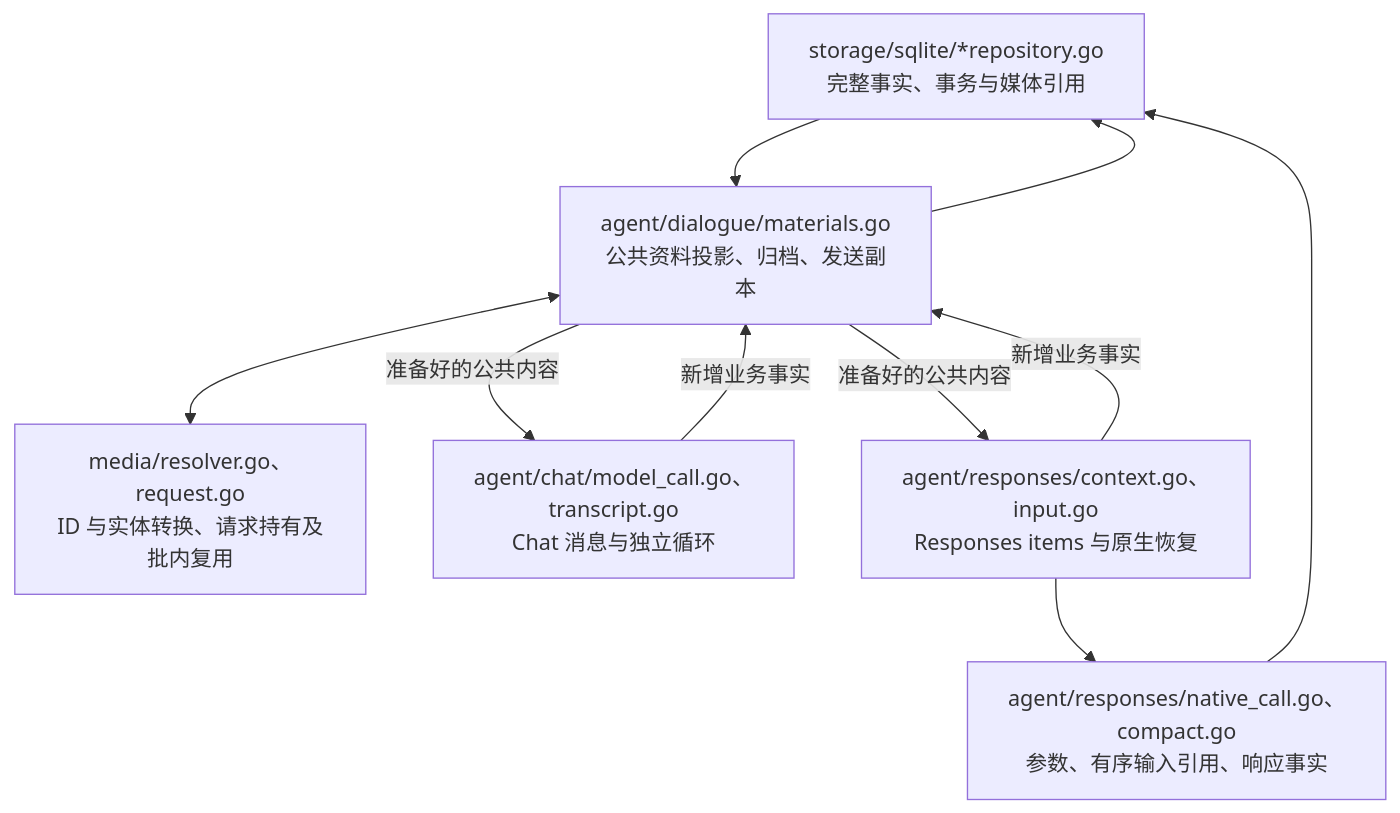
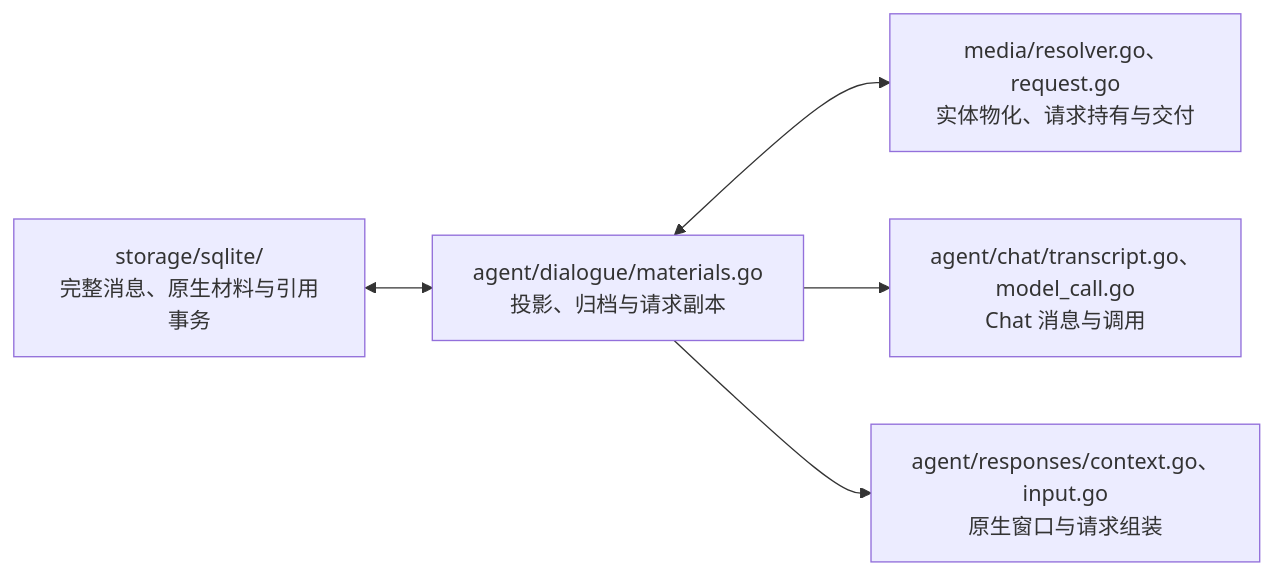
Before and after one commit to Elflare/elbot: the fourth of 6 diagrams in devdocs/architecture.md, drawn with Mermaid. The commit also changed other lines of this file and 3 other files, not shown here.

````diff
--- a/devdocs/architecture.md
+++ b/devdocs/architecture.md
@@ -349,17 +208,7 @@
 ```mermaid
-flowchart TB
-    DB["storage/sqlite/*repository.go<br/>完整事实、事务与媒体引用"]
-    PUBLIC["agent/dialogue/materials.go<br/>公共资料投影、归档、发送副本"]
-    CENTER["media/resolver.go、request.go<br/>ID 与实体转换、请求持有及批内复用"]
-    CHAT["agent/chat/model_call.go、transcript.go<br/>Chat 消息与独立循环"]
-    RES["agent/responses/context.go、input.go<br/>Responses items 与原生恢复"]
-    AUDIT["agent/responses/native_call.go、compact.go<br/>参数、有序输入引用、响应事实"]
-    DB --> PUBLIC
-    PUBLIC <--> CENTER
-    PUBLIC -->|"准备好的公共内容"| CHAT
-    PUBLIC -->|"准备好的公共内容"| RES
-    CHAT -->|"新增业务事实"| PUBLIC
-    RES -->|"新增业务事实"| PUBLIC
-    PUBLIC --> DB
-    RES --> AUDIT --> DB
+flowchart LR
+    DB["storage/sqlite/<br/>完整消息、原生材料与引用事务"] <--> D["agent/dialogue/materials.go<br/>投影、归档与请求副本"]
+    D <--> M["media/resolver.go、request.go<br/>实体物化、请求持有与交付"]
+    D --> C["agent/chat/transcript.go、model_call.go<br/>Chat 消息与调用"]
+    D --> R["agent/responses/context.go、input.go<br/>原生窗口与请求组装"]
 ```
````
